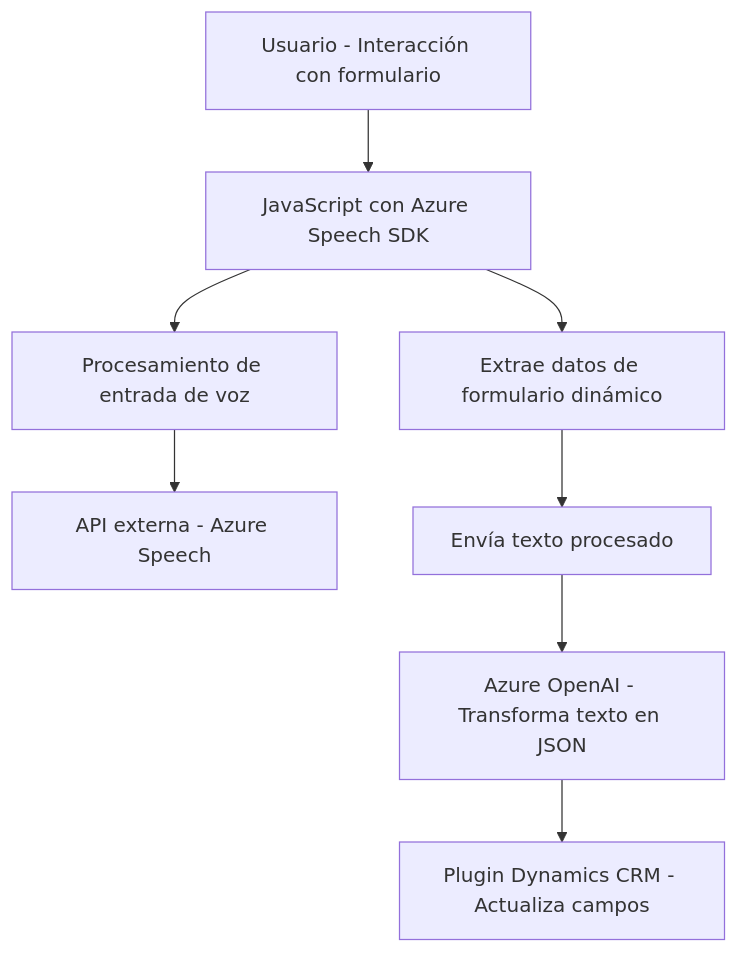
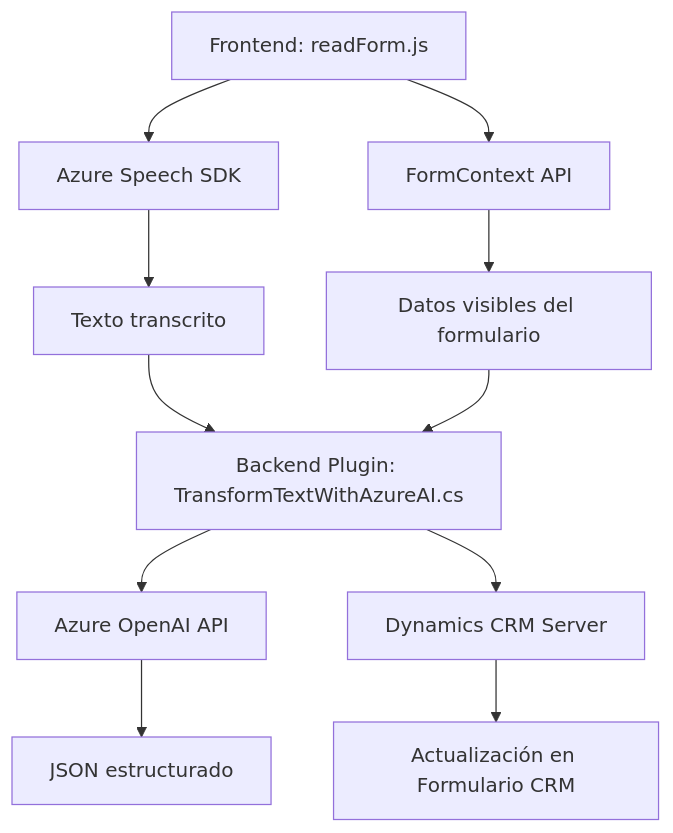
Before and after one commit to blopezdm/NETCORE_BILBAO2025: the diagram in README.md, drawn with Mermaid. The commit also changed other lines of this file, not shown here.

Commit message:
Actualizar análisis global de la solución con IA

````diff
--- a/README.md
+++ b/README.md
@@ -40,10 +55,13 @@
 ```mermaid
 graph TD
-    A["Usuario - Interacción con formulario"] --> B["JavaScript con Azure Speech SDK"]
-    B --> C["Procesamiento de entrada de voz"]
-    C --> D["API externa - Azure Speech"]
-    B --> E["Extrae datos de formulario dinámico"]
-    E --> F["Envía texto procesado"]
-    F --> G["Azure OpenAI - Transforma texto en JSON"]
-    G --> H["Plugin Dynamics CRM - Actualiza campos"]
+  A["Frontend: readForm.js"] --> B["Azure Speech SDK"]
+  A --> C["FormContext API"]
+  B --> D["Texto transcrito"]
+  C --> E["Datos visibles del formulario"]
+  D --> F["Backend Plugin: TransformTextWithAzureAI.cs"]
+  E --> F
+  F --> G["Azure OpenAI API"]
+  G --> H["JSON estructurado"]
+  F --> I["Dynamics CRM Server"]
+  I --> J["Actualización en Formulario CRM"]
 ```
````
